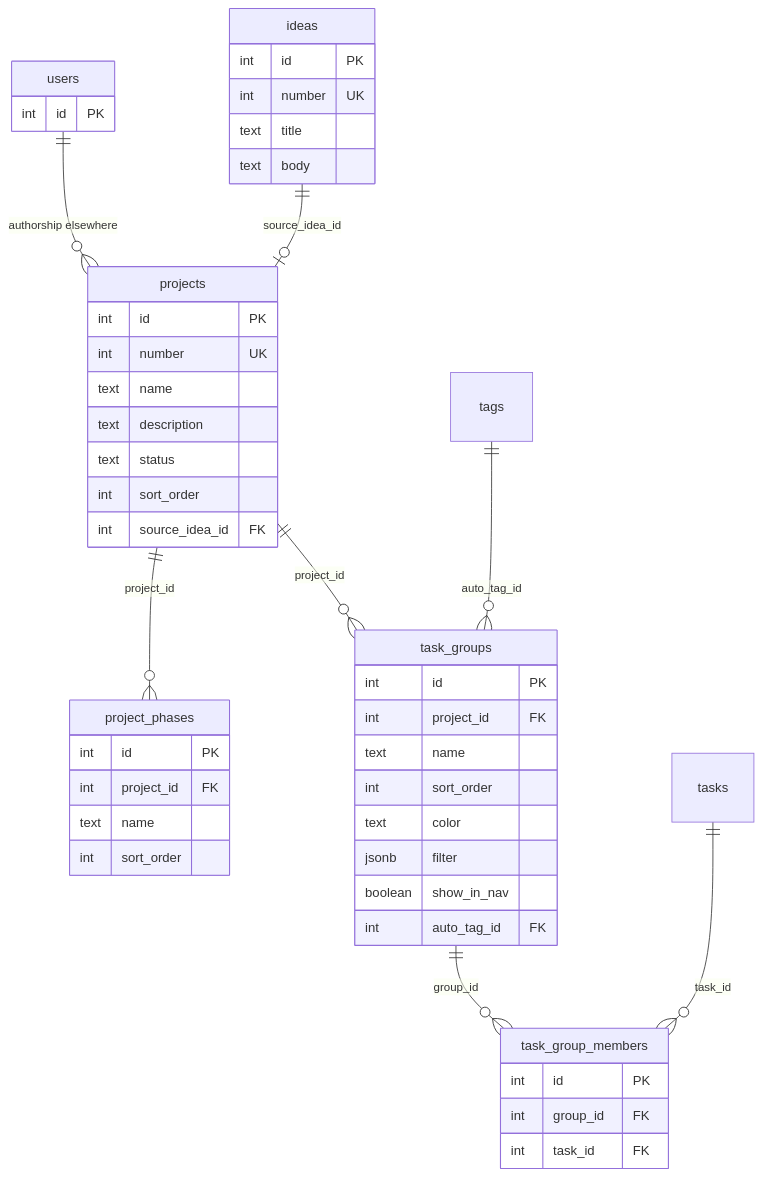
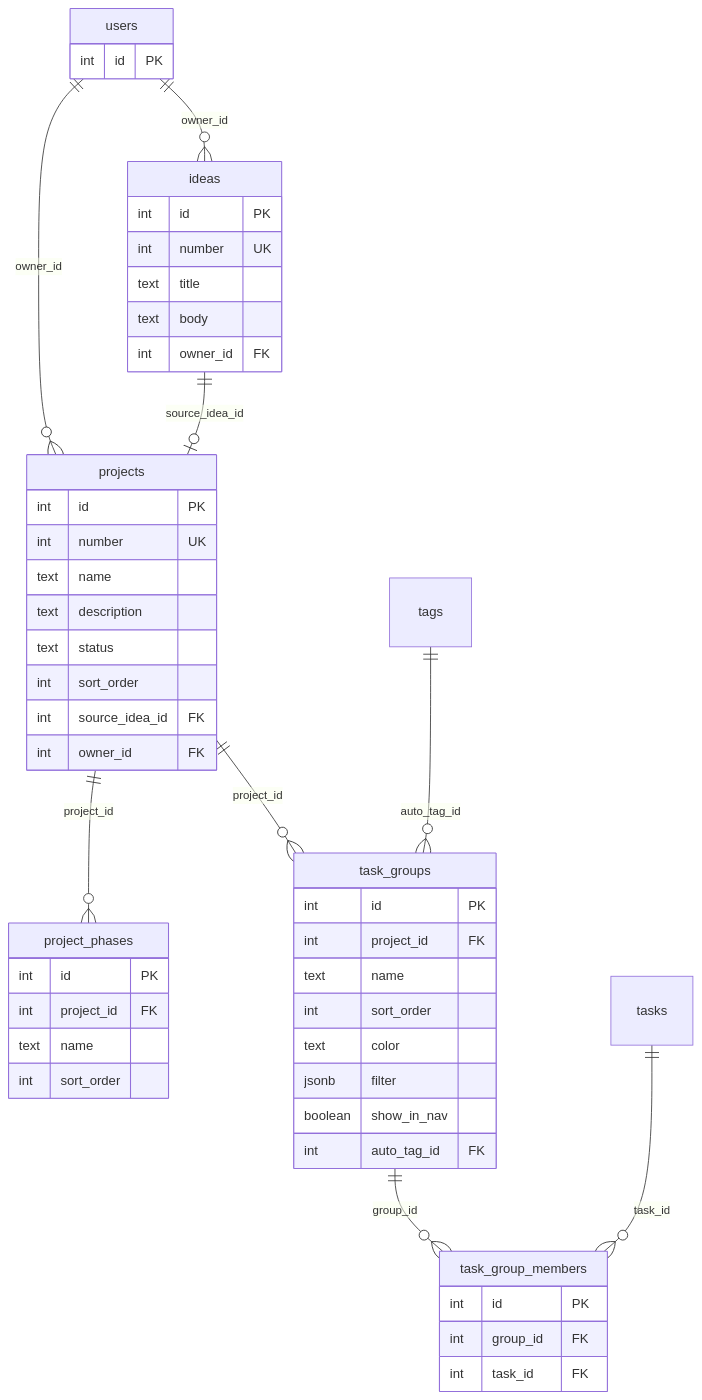
Before and after one commit to blackrook-io/taskmesh: the diagram in docs/database/projects-and-ideas.md, drawn with Mermaid. The commit also changed other lines of this file and 32 other files, not shown here.

First line of the commit message:
Add per-user ownership schema and helpers (T0112), shipped as 0.32.0.

````diff
--- a/docs/database/projects-and-ideas.md
+++ b/docs/database/projects-and-ideas.md
@@ -9,49 +9,52 @@
 ```mermaid
 erDiagram
   ideas ||--o| projects : "source_idea_id"
   projects ||--o{ task_groups : "project_id"
   projects ||--o{ project_phases : "project_id"
   tags ||--o{ task_groups : "auto_tag_id"
   task_groups ||--o{ task_group_members : "group_id"
   tasks ||--o{ task_group_members : "task_id"
-  users ||--o{ projects : "authorship elsewhere"
+  users ||--o{ ideas : "owner_id"
+  users ||--o{ projects : "owner_id"
   ideas {
     int id PK
     int number UK
     text title
     text body
+    int owner_id FK
   }
   projects {
     int id PK
     int number UK
     text name
     text description
     text status
     int sort_order
     int source_idea_id FK
+    int owner_id FK
   }
   task_groups {
     int id PK
     int project_id FK
     text name
     int sort_order
     text color
     jsonb filter
     boolean show_in_nav
     int auto_tag_id FK
   }
   task_group_members {
     int id PK
     int group_id FK
     int task_id FK
   }
   project_phases {
     int id PK
     int project_id FK
     text name
     int sort_order
   }
   users {
     int id PK
   }
 ```
````
